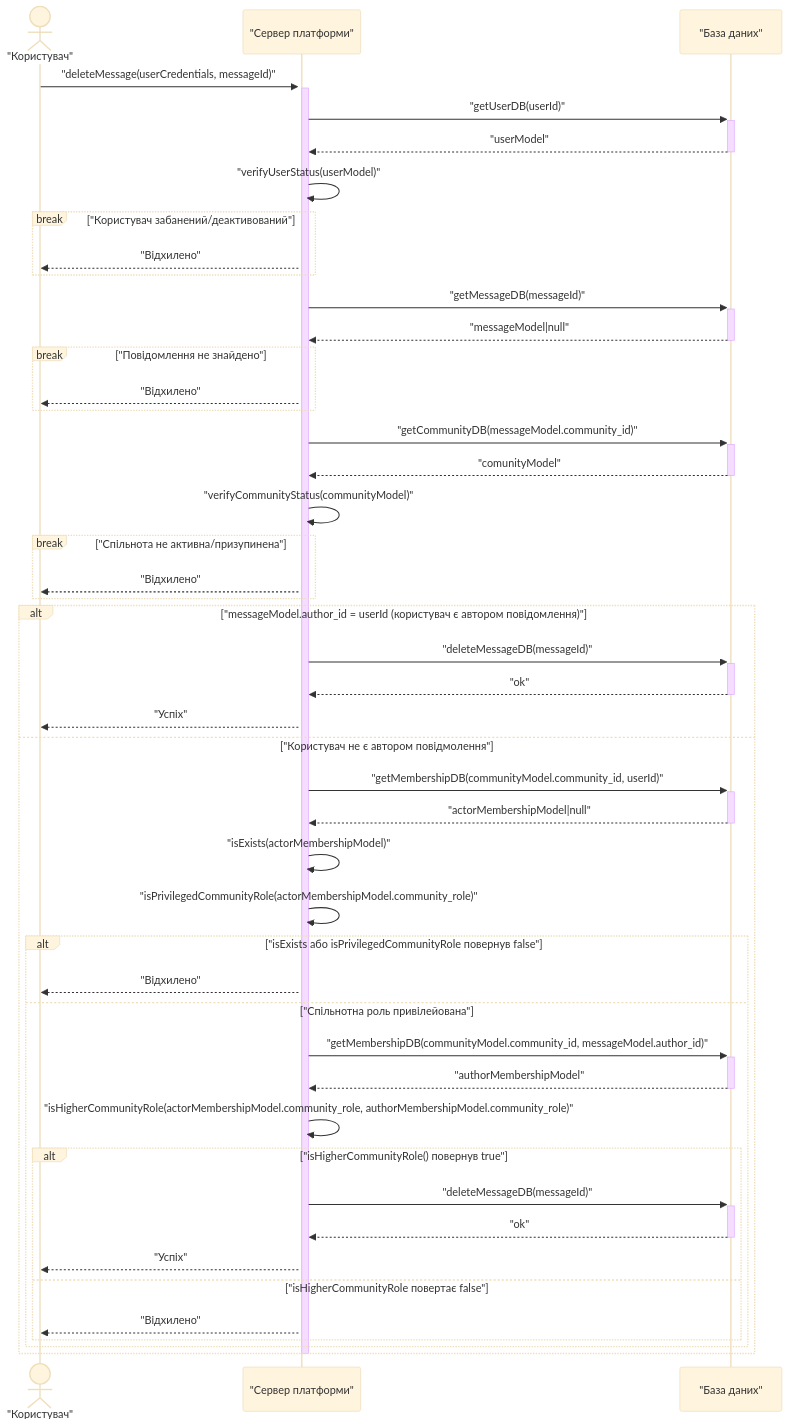
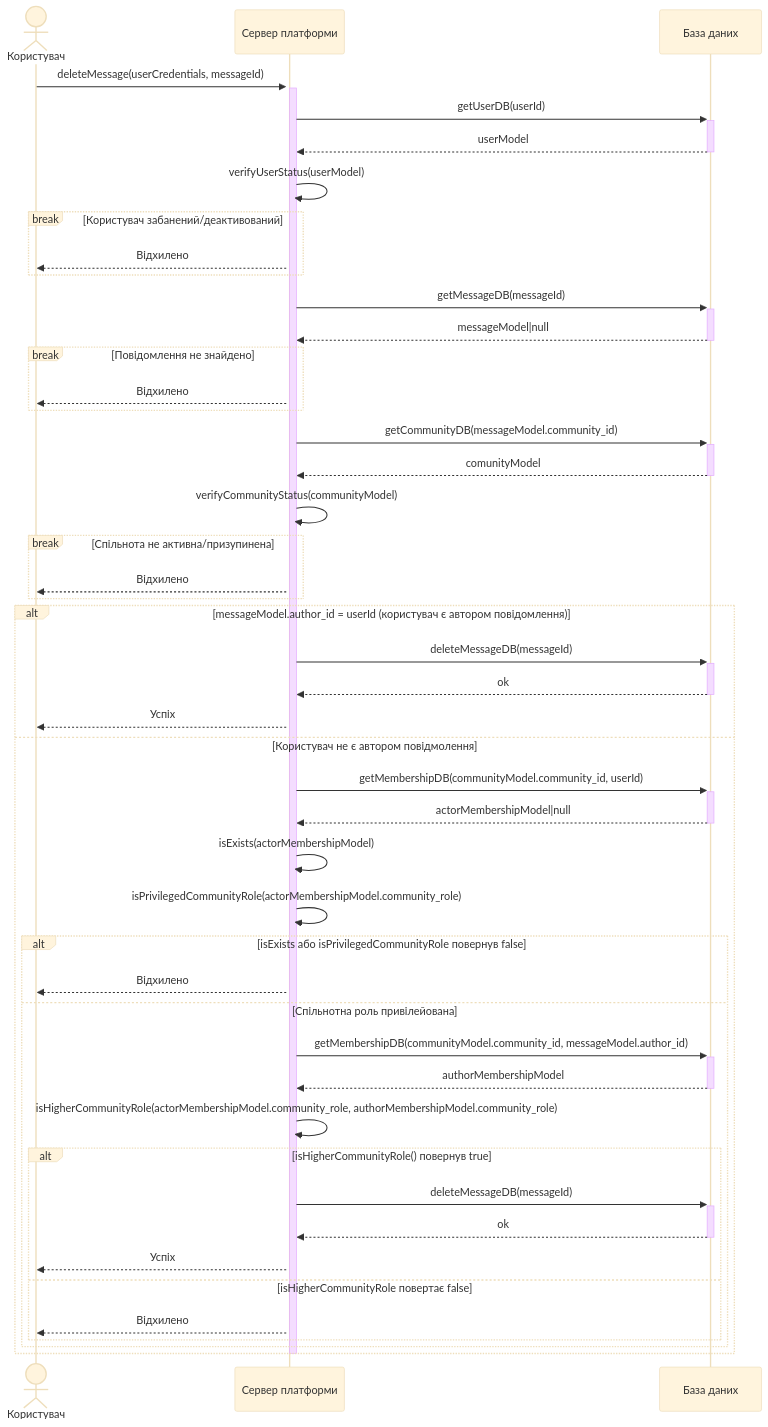
The diagram in models/sequences/us2.mmd (devl0g/KPI_lab3), drawn with Mermaid (base theme) before and after one commit. The commit also changed 2 other files, not shown here.

```diff
--- a/models/sequences/us2.mmd
+++ b/models/sequences/us2.mmd
@@ -1,59 +1,59 @@
 sequenceDiagram
-  actor User as "Користувач"
-  participant Server as "Сервер платформи"
-  participant DB as "База даних"
+  actor User as Користувач
+  participant Server as Сервер платформи
+  participant DB as База даних
   
   activate Server
 
-  User->>+Server: "deleteMessage(userCredentials, messageId)"
-  Server->>+DB: "getUserDB(userId)"
-  DB-->>-Server: "userModel"
-  Server->>Server: "verifyUserStatus(userModel)"
+  User->>+Server: deleteMessage(userCredentials, messageId)
+  Server->>+DB: getUserDB(userId)
+  DB-->>-Server: userModel
+  Server->>Server: verifyUserStatus(userModel)
 
-  break "Користувач забанений/деактивований"
-    Server-->>User: "Відхилено"
+  break Користувач забанений/деактивований
+    Server-->>User: Відхилено
   end
 
-  Server->>+DB: "getMessageDB(messageId)"
-  DB-->>-Server: "messageModel|null"
+  Server->>+DB: getMessageDB(messageId)
+  DB-->>-Server: messageModel|null
 
-  break "Повідомлення не знайдено"
-    Server-->>User: "Відхилено"
+  break Повідомлення не знайдено
+    Server-->>User: Відхилено
   end
 
-  Server->>+DB: "getCommunityDB(messageModel.community_id)"
-  DB-->>-Server: "comunityModel"
-  Server->>Server: "verifyCommunityStatus(communityModel)"
+  Server->>+DB: getCommunityDB(messageModel.community_id)
+  DB-->>-Server: comunityModel
+  Server->>Server: verifyCommunityStatus(communityModel)
 
-  break "Спільнота не активна/призупинена"
-    Server-->>User: "Відхилено"
+  break Спільнота не активна/призупинена
+    Server-->>User: Відхилено
   end
 
-  alt "messageModel.author_id = userId (користувач є автором повідомлення)"
-    Server->>+DB: "deleteMessageDB(messageId)"
-    DB-->>-Server: "ok"
-    Server-->> User: "Успіх"
-  else "Користувач не є автором повідмолення"
-    Server->>+DB: "getMembershipDB(communityModel.community_id, userId)"
-    DB-->>-Server: "actorMembershipModel|null"
+  alt messageModel.author_id = userId (користувач є автором повідомлення)
+    Server->>+DB: deleteMessageDB(messageId)
+    DB-->>-Server: ok
+    Server-->> User: Успіх
+  else Користувач не є автором повідмолення
+    Server->>+DB: getMembershipDB(communityModel.community_id, userId)
+    DB-->>-Server: actorMembershipModel|null
 
-    Server->>Server: "isExists(actorMembershipModel)"
-    Server->>Server: "isPrivilegedCommunityRole(actorMembershipModel.community_role)"
-    alt "isExists або isPrivilegedCommunityRole повернув false"
-      Server-->>User: "Відхилено"
-    else "Спільнотна роль привілейована"
-      Server->>+DB: "getMembershipDB(communityModel.community_id, messageModel.author_id)"
-      DB-->>-Server: "authorMembershipModel"
-      Server->>Server: "isHigherCommunityRole(actorMembershipModel.community_role, authorMembershipModel.community_role)"
+    Server->>Server: isExists(actorMembershipModel)
+    Server->>Server: isPrivilegedCommunityRole(actorMembershipModel.community_role)
+    alt isExists або isPrivilegedCommunityRole повернув false
+      Server-->>User: Відхилено
+    else Спільнотна роль привілейована
+      Server->>+DB: getMembershipDB(communityModel.community_id, messageModel.author_id)
+      DB-->>-Server: authorMembershipModel
+      Server->>Server: isHigherCommunityRole(actorMembershipModel.community_role, authorMembershipModel.community_role)
 
-      alt "isHigherCommunityRole() повернув true"
-        Server->>+DB: "deleteMessageDB(messageId)"
-        DB-->>-Server: "ok"
-        Server-->>User: "Успіх"
-      else "isHigherCommunityRole повертає false"
-        Server-->>User: "Відхилено"
+      alt isHigherCommunityRole() повернув true
+        Server->>+DB: deleteMessageDB(messageId)
+        DB-->>-Server: ok
+        Server-->>User: Успіх
+      else isHigherCommunityRole повертає false
+        Server-->>User: Відхилено
       end
     end
   end
 
   deactivate Server
```
